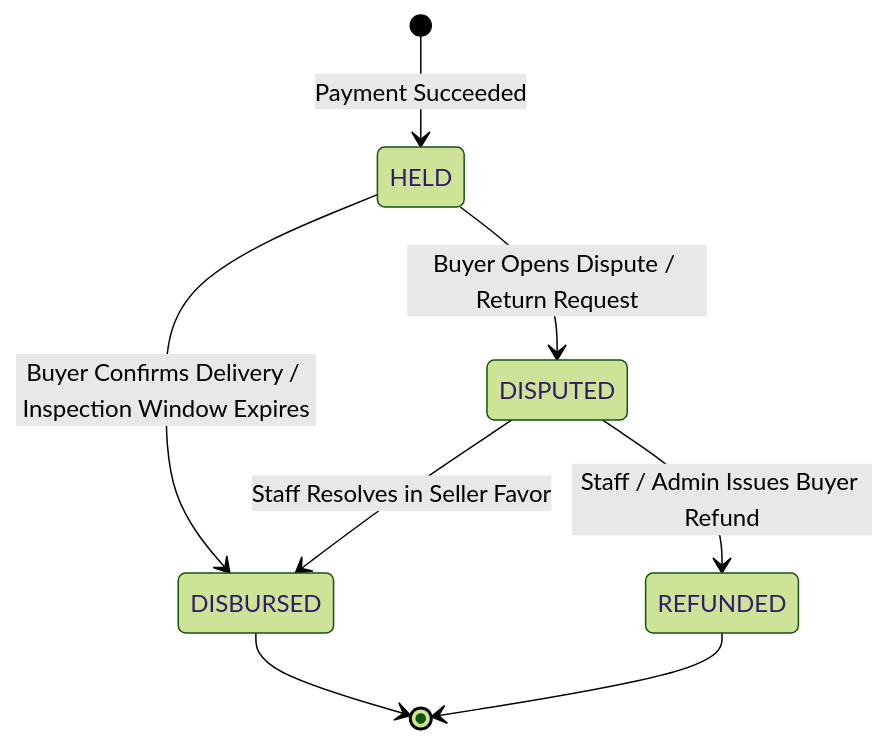
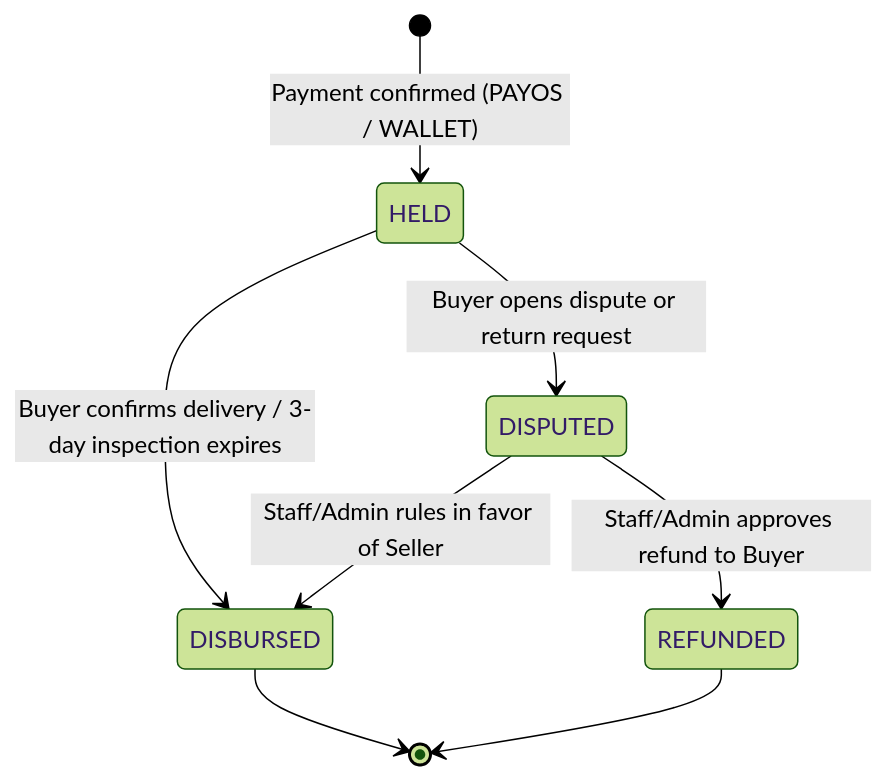
One commit to MinhPhuc00ne/project-nexus changed the first of 3 diagrams in docs-site/i18n/en/docusaurus-plugin-content-docs/current/architecture/state-machines.md. Above: the diagram before and after it, drawn with Mermaid (forest theme). The commit also changed other lines of this file and 36 other files, not shown here.

Commit message:
docs(docs-site): overhaul bilingual architecture, modules, and ops guides

````diff
--- a/docs-site/i18n/en/docusaurus-plugin-content-docs/current/architecture/state-machines.md
+++ b/docs-site/i18n/en/docusaurus-plugin-content-docs/current/architecture/state-machines.md
@@ -9,10 +11,10 @@
 ```mermaid
 stateDiagram-v2
-    [*] --> HELD : Payment Succeeded
-    HELD --> DISBURSED : Buyer Confirms Delivery / Inspection Window Expires
-    HELD --> DISPUTED : Buyer Opens Dispute / Return Request
-    DISPUTED --> DISBURSED : Staff Resolves in Seller Favor
-    DISPUTED --> REFUNDED : Staff / Admin Issues Buyer Refund
+    [*] --> HELD : Payment confirmed (PAYOS / WALLET)
+    HELD --> DISBURSED : Buyer confirms delivery / 3-day inspection expires
+    HELD --> DISPUTED : Buyer opens dispute or return request
+    DISPUTED --> DISBURSED : Staff/Admin rules in favor of Seller
+    DISPUTED --> REFUNDED : Staff/Admin approves refund to Buyer
     DISBURSED --> [*]
     REFUNDED --> [*]
 ```
````
